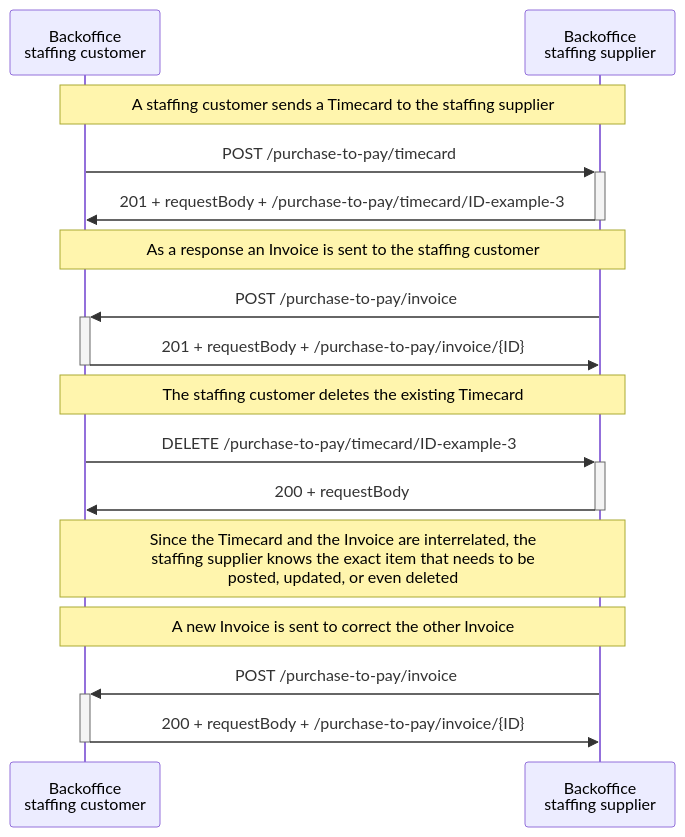
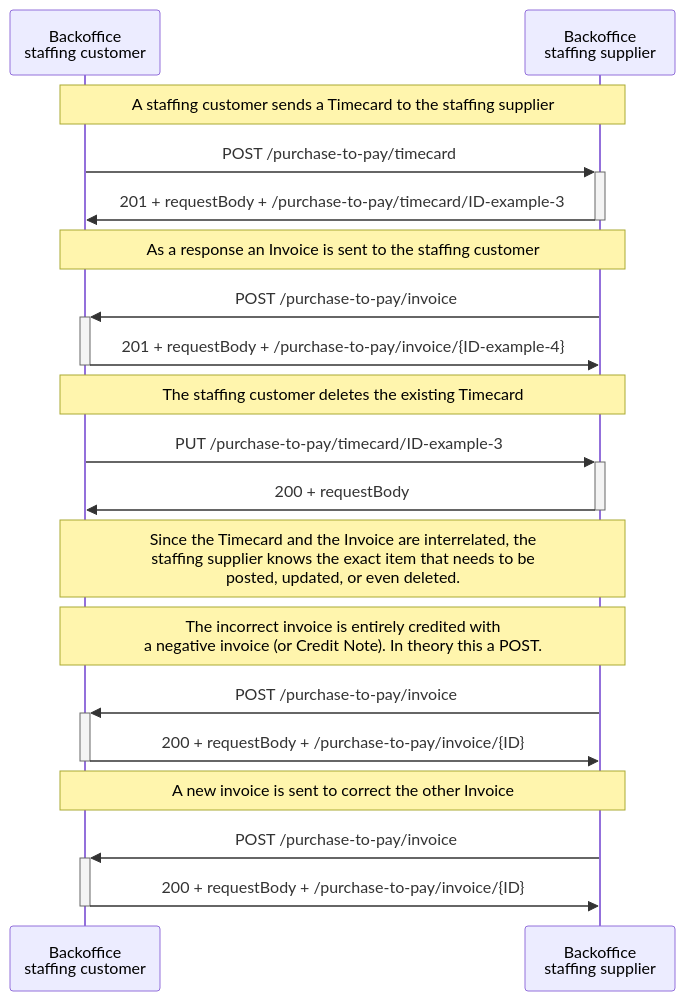
The fifth of 5 diagrams in app/docs/API Specification/purchase-to-pay/processes.md (setu-standards/documentation), drawn with Mermaid before and after one commit. The commit also changed other lines of this file and 3 other files, not shown here.

````diff
--- a/app/docs/API Specification/purchase-to-pay/processes.md
+++ b/app/docs/API Specification/purchase-to-pay/processes.md
@@ -229,23 +229,28 @@
 ```mermaid
 sequenceDiagram
     participant Customer as Backoffice <br/> staffing customer
     participant Supplier as Backoffice <br/> staffing supplier
     
     Note over Customer,Supplier: A staffing customer sends a Timecard to the staffing supplier
     Customer ->>+ Supplier: POST /purchase-to-pay/timecard
     Supplier ->>- Customer: 201 + requestBody + /purchase-to-pay/timecard/ID-example-3
 
     Note over Customer,Supplier: As a response an Invoice is sent to the staffing customer
     Supplier ->>+ Customer: POST /purchase-to-pay/invoice
-    Customer ->>- Supplier: 201 + requestBody + /purchase-to-pay/invoice/{ID}
+    Customer ->>- Supplier: 201 + requestBody + /purchase-to-pay/invoice/{ID-example-4}
 
     Note over Customer,Supplier: The staffing customer deletes the existing Timecard
-    Customer ->>+ Supplier: DELETE /purchase-to-pay/timecard/ID-example-3
+    Customer ->>+ Supplier: PUT /purchase-to-pay/timecard/ID-example-3
     Supplier ->>- Customer: 200 + requestBody 
 
-    Note over Customer,Supplier: Since the Timecard and the Invoice are interrelated, the <br/> staffing supplier knows the exact item that needs to be <br/> posted, updated, or even deleted
-    Note over Customer,Supplier: A new Invoice is sent to correct the other Invoice
+    Note over Customer,Supplier: Since the Timecard and the Invoice are interrelated, the <br/> staffing supplier knows the exact item that needs to be <br/> posted, updated, or even deleted. 
+
+    Note over Customer,Supplier: The incorrect invoice is entirely credited with <br/> a negative invoice (or Credit Note). In theory this a POST.
+    Supplier ->>+ Customer: POST /purchase-to-pay/invoice
+    Customer ->>- Supplier: 200 + requestBody + /purchase-to-pay/invoice/{ID}
+
+    Note over Customer,Supplier: A new invoice is sent to correct the other Invoice
     Supplier ->>+ Customer: POST /purchase-to-pay/invoice
     Customer ->>- Supplier: 200 + requestBody + /purchase-to-pay/invoice/{ID}
 
 ```
````
